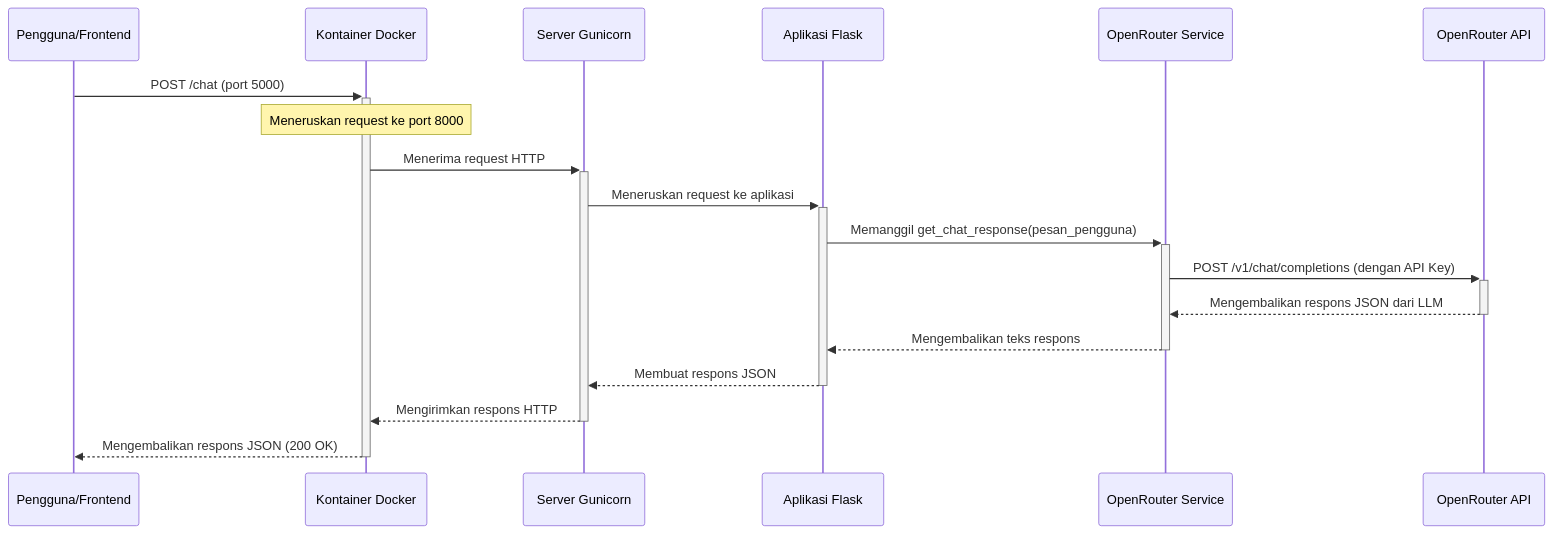
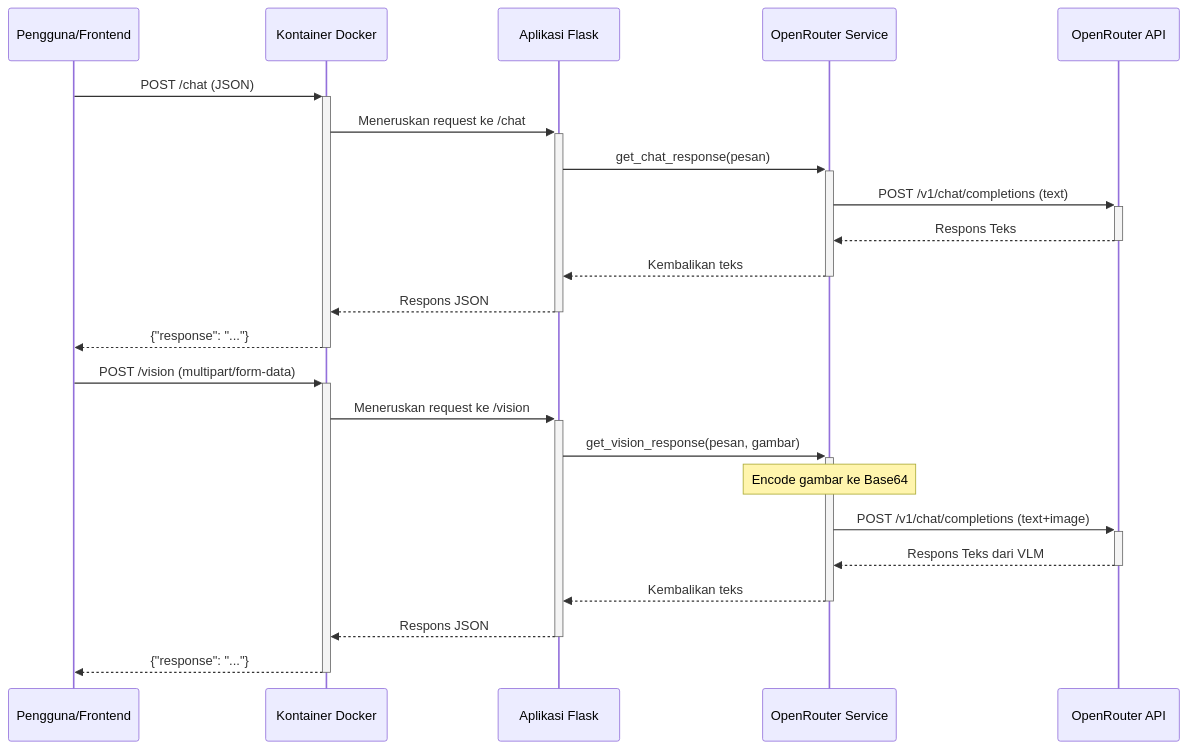
The diagram in README.md (eldntr/ai-moneyvesto), drawn with Mermaid before and after one commit. The commit also changed other lines of this file and 8 other files, not shown here.

````diff
--- a/README.md
+++ b/README.md
@@ -5,21 +8,29 @@
 ```mermaid
 sequenceDiagram
     participant Klien as Pengguna/Frontend
     participant Docker as Kontainer Docker
-    participant Gunicorn as Server Gunicorn
     participant Flask as Aplikasi Flask
     participant Service as OpenRouter Service
     participant OpenRouter as OpenRouter API
 
-    Klien->>+Docker: POST /chat (port 5000)
-    Note over Docker: Meneruskan request ke port 8000
-    Docker->>+Gunicorn: Menerima request HTTP
-    Gunicorn->>+Flask: Meneruskan request ke aplikasi
-    Flask->>+Service: Memanggil get_chat_response(pesan_pengguna)
-    Service->>+OpenRouter: POST /v1/chat/completions (dengan API Key)
-    OpenRouter-->>-Service: Mengembalikan respons JSON dari LLM
-    Service-->>-Flask: Mengembalikan teks respons
-    Flask-->>-Gunicorn: Membuat respons JSON
-    Gunicorn-->>-Docker: Mengirimkan respons HTTP
-    Docker-->>-Klien: Mengembalikan respons JSON (200 OK)
+    %% Text Chat Flow
+    Klien->>+Docker: POST /chat (JSON)
+    Docker->>+Flask: Meneruskan request ke /chat
+    Flask->>+Service: get_chat_response(pesan)
+    Service->>+OpenRouter: POST /v1/chat/completions (text)
+    OpenRouter-->>-Service: Respons Teks
+    Service-->>-Flask: Kembalikan teks
+    Flask-->>-Docker: Respons JSON
+    Docker-->>-Klien: {"response": "..."}
+
+    %% Vision Chat Flow
+    Klien->>+Docker: POST /vision (multipart/form-data)
+    Docker->>+Flask: Meneruskan request ke /vision
+    Flask->>+Service: get_vision_response(pesan, gambar)
+    Note over Service: Encode gambar ke Base64
+    Service->>+OpenRouter: POST /v1/chat/completions (text+image)
+    OpenRouter-->>-Service: Respons Teks dari VLM
+    Service-->>-Flask: Kembalikan teks
+    Flask-->>-Docker: Respons JSON
+    Docker-->>-Klien: {"response": "..."}
 ```
````
